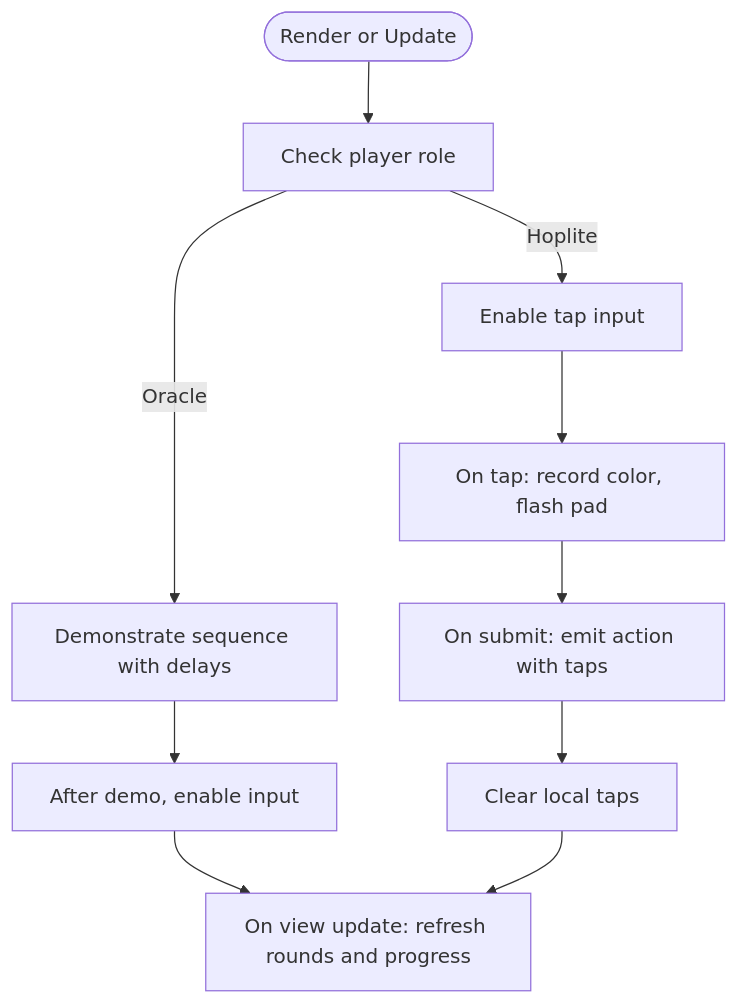
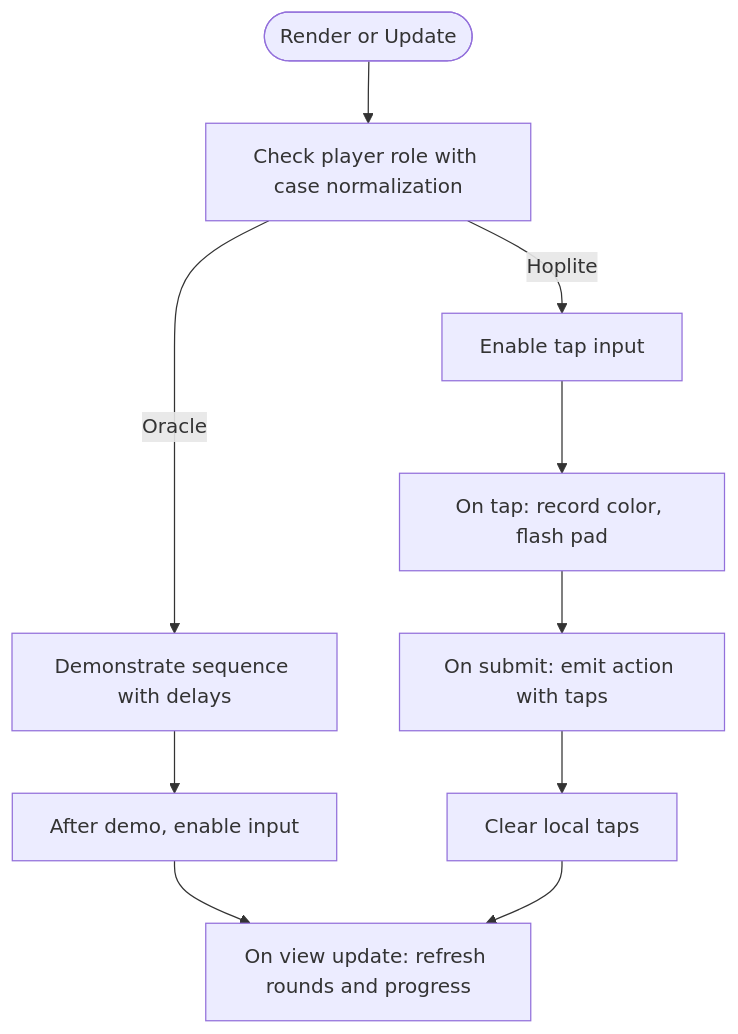
Before and after one commit to dkoukoul/escape-room-mvp: the third of 8 diagrams in .qoder/repowiki/en/content/Puzzle System/Rhythm Tap Puzzle.md, drawn with Mermaid. The commit also changed other lines of this file and 21 other files, not shown here.

````diff
--- a/.qoder/repowiki/en/content/Puzzle System/Rhythm Tap Puzzle.md
+++ b/.qoder/repowiki/en/content/Puzzle System/Rhythm Tap Puzzle.md
@@ -168,12 +224,12 @@
 ```mermaid
 flowchart TD
-Start(["Render or Update"]) --> CheckRole["Check player role"]
+Start(["Render or Update"]) --> CheckRole["Check player role with case normalization"]
 CheckRole --> |Oracle| Demo["Demonstrate sequence with delays"]
 CheckRole --> |Hoplite| Input["Enable tap input"]
 Demo --> EnableInput["After demo, enable input"]
 Input --> Tap["On tap: record color, flash pad"]
 Tap --> Submit["On submit: emit action with taps"]
 Submit --> Clear["Clear local taps"]
 EnableInput --> Update["On view update: refresh rounds and progress"]
 Clear --> Update
 ```
````
